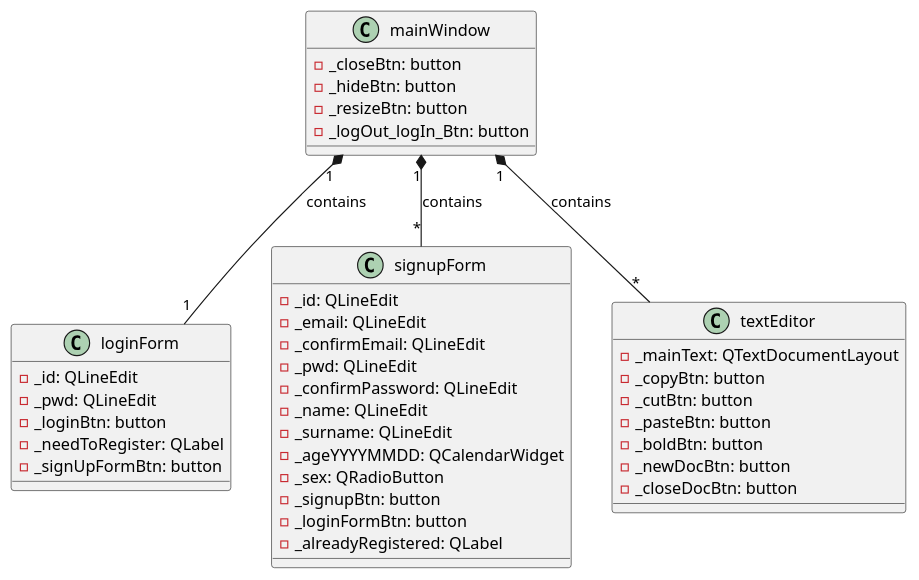
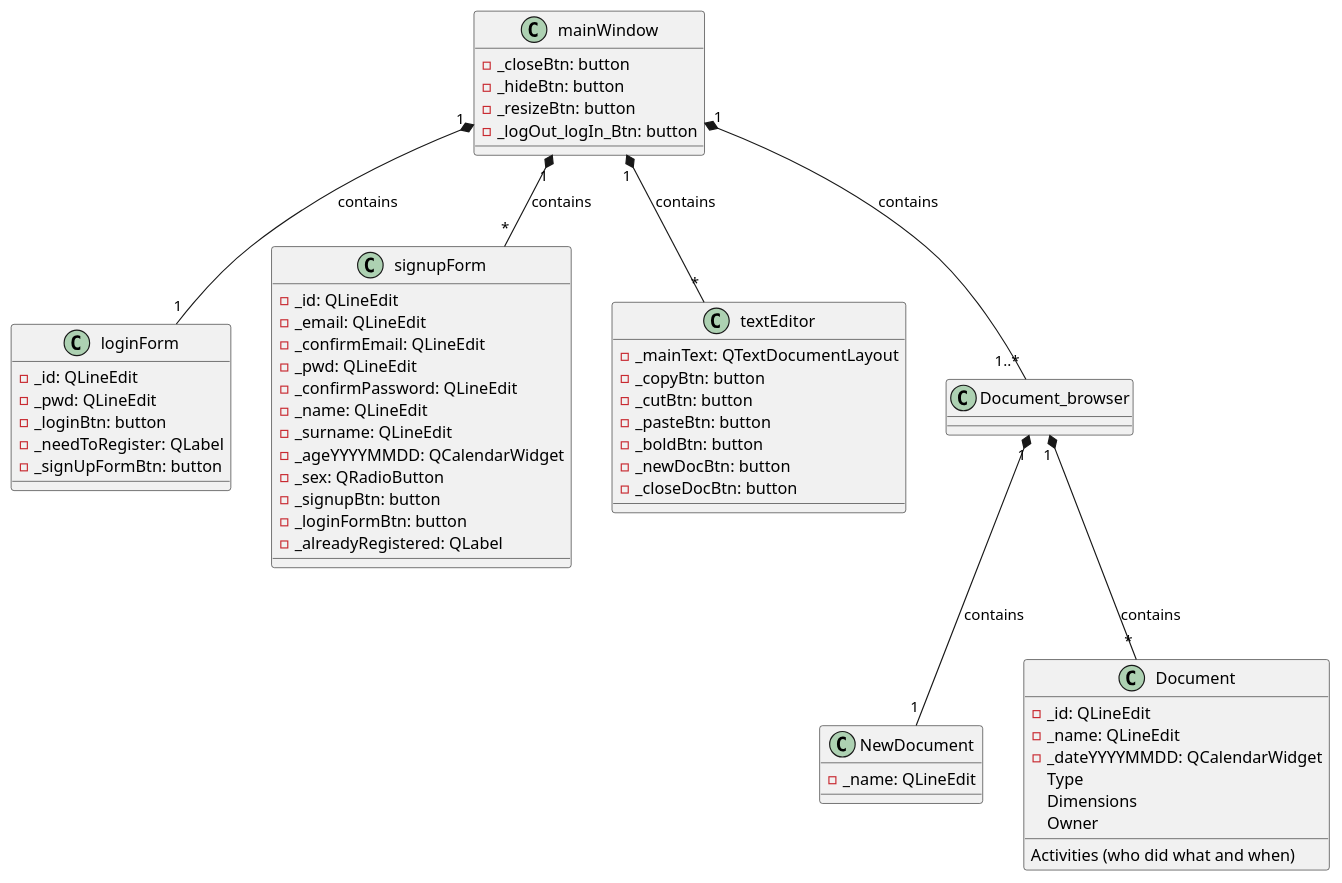
The diagram in docs/GUI.md (aleoli/Shared-Editor), drawn with PlantUML before and after one commit. The commit also changed other lines of this file, not shown here.

```diff
--- a/docs/GUI.md
+++ b/docs/GUI.md
@@ -60,46 +28,67 @@
 @startuml
 class mainWindow {
 - _closeBtn: button
 - _hideBtn: button
 - _resizeBtn: button
 - _logOut_logIn_Btn: button
 }
 
 class loginForm {
 - _id: QLineEdit
 - _pwd: QLineEdit
 - _loginBtn: button
 - _needToRegister: QLabel
 - _signUpFormBtn: button
 }
 
 
 class signupForm {
 - _id: QLineEdit
 - _email: QLineEdit
 - _confirmEmail: QLineEdit
 - _pwd: QLineEdit
 - _confirmPassword: QLineEdit
 - _name: QLineEdit
 - _surname: QLineEdit
 - _ageYYYYMMDD: QCalendarWidget
 - _sex: QRadioButton
 - _signupBtn: button
 - _loginFormBtn: button
 - _alreadyRegistered: QLabel
 }
 
 class textEditor {
 - _mainText: QTextDocumentLayout
 - _copyBtn: button
 - _cutBtn: button
 - _pasteBtn: button
 - _boldBtn: button
 - _newDocBtn: button
 - _closeDocBtn: button
 }
 
+class Document_browser
+
+class NewDocument
+{
+- _name: QLineEdit
+}
+
+class Document
+{
+- _id: QLineEdit
+- _name: QLineEdit
+- _dateYYYYMMDD: QCalendarWidget
+Activities (who did what and when)
+Type
+Dimensions
+Owner
+}
+
 mainWindow "1" *-- "1" loginForm : contains
 mainWindow "1" *-- "*" signupForm : contains
 mainWindow "1" *-- "*" textEditor : contains
+mainWindow "1" *-- "1..*" Document_browser : contains
+Document_browser "1" *-- "*" Document : contains
+Document_browser "1" *-- "1" NewDocument : contains
 @enduml
```
